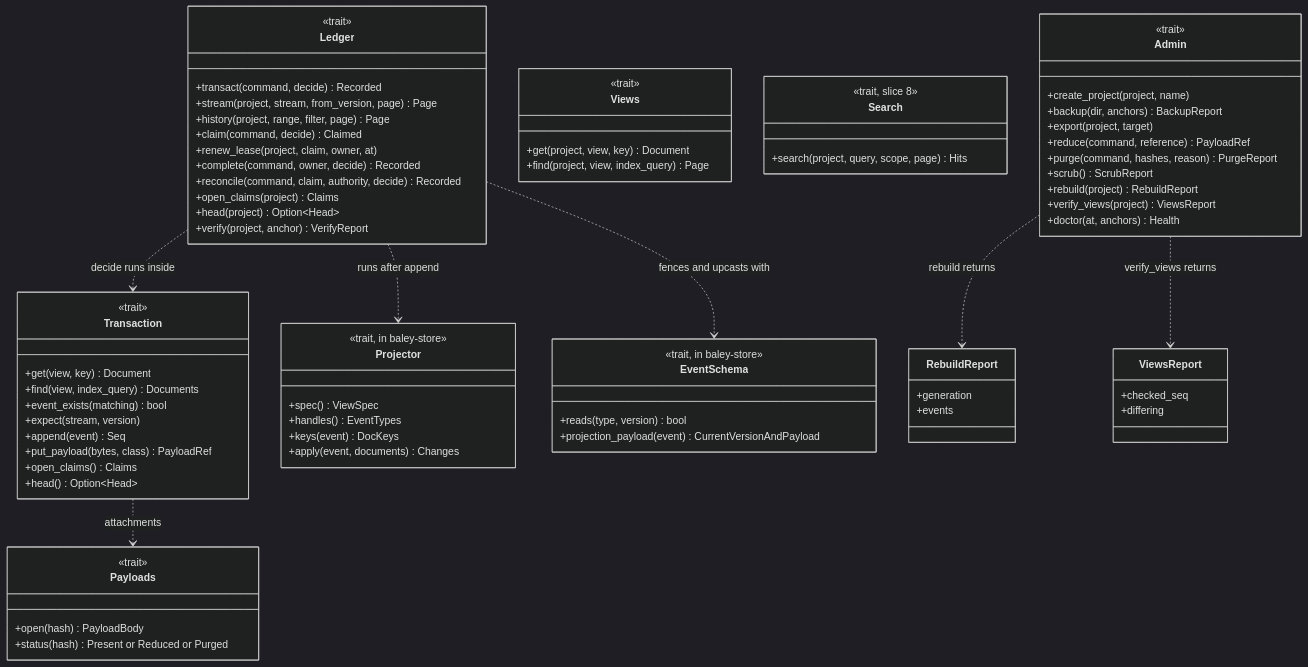
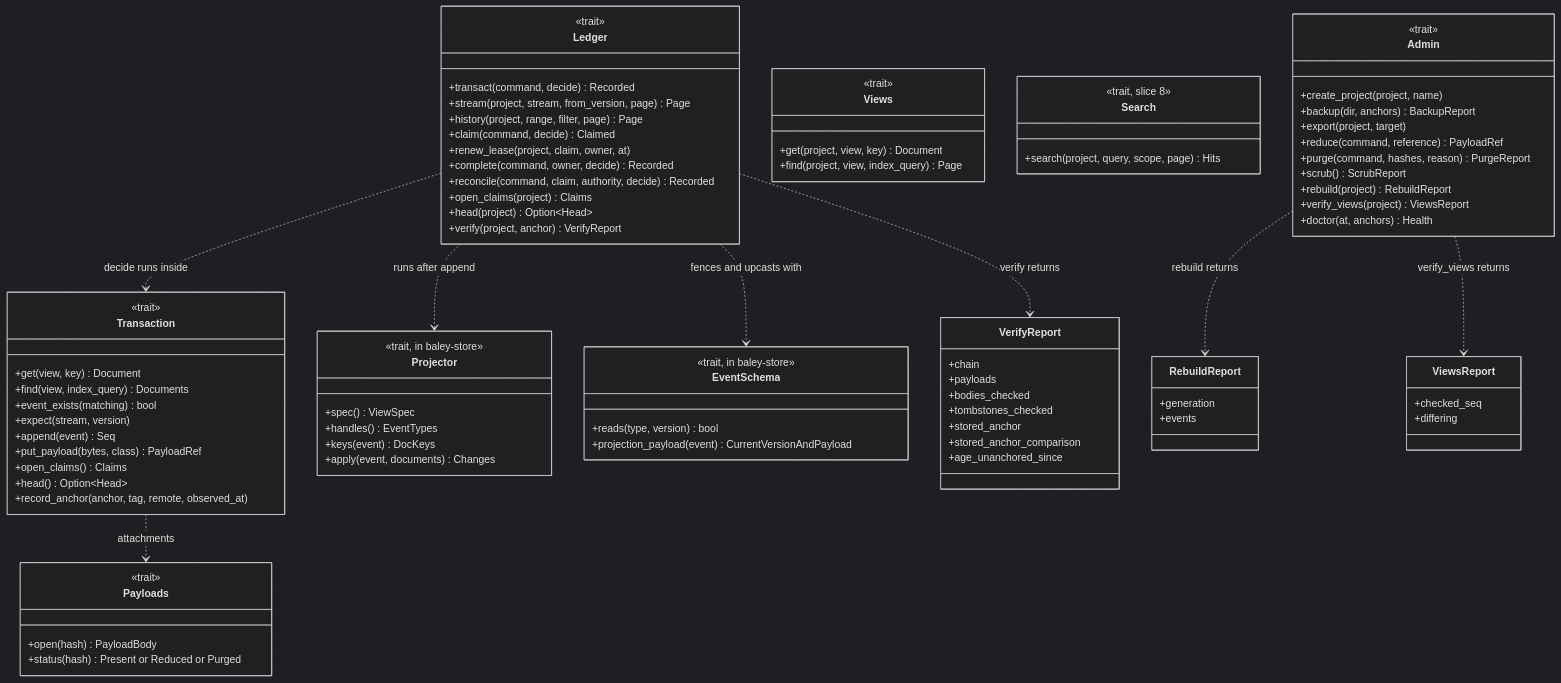
Before and after one commit to crenshawdev/baley: the fourth of 13 diagrams in docs/design/0001-evidence-ledger.md, drawn with Mermaid (dark theme). The commit also changed other lines of this file and 1 other file, not shown here.

First line of the commit message:
docs(design): describe the anchor push, verify and the anchor row as built

````diff
--- a/docs/design/0001-evidence-ledger.md
+++ b/docs/design/0001-evidence-ledger.md
@@ -246,6 +246,7 @@
     +put_payload(bytes, class) PayloadRef
     +open_claims() Claims
     +head() Option~Head~
+    +record_anchor(anchor, tag, remote, observed_at)
   }
   class Views {
     <<trait>>
@@ -293,10 +294,20 @@
     +checked_seq
     +differing
   }
+  class VerifyReport {
+    +chain
+    +payloads
+    +bodies_checked
+    +tombstones_checked
+    +stored_anchor
+    +stored_anchor_comparison
+    +age_unanchored_since
+  }
   Ledger ..> Transaction : decide runs inside
   Ledger ..> Projector : runs after append
   Ledger ..> EventSchema : fences and upcasts with
   Transaction ..> Payloads : attachments
   Admin ..> RebuildReport : rebuild returns
   Admin ..> ViewsReport : verify_views returns
+  Ledger ..> VerifyReport : verify returns
 ```
````
